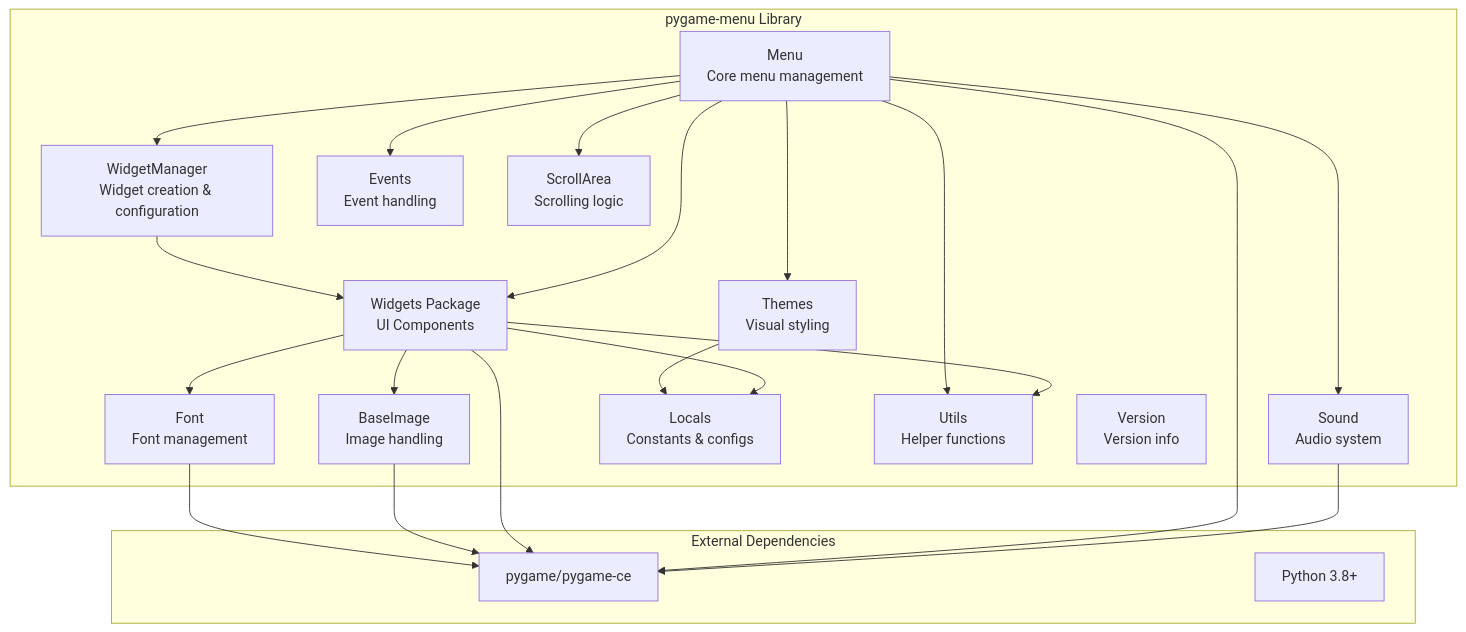
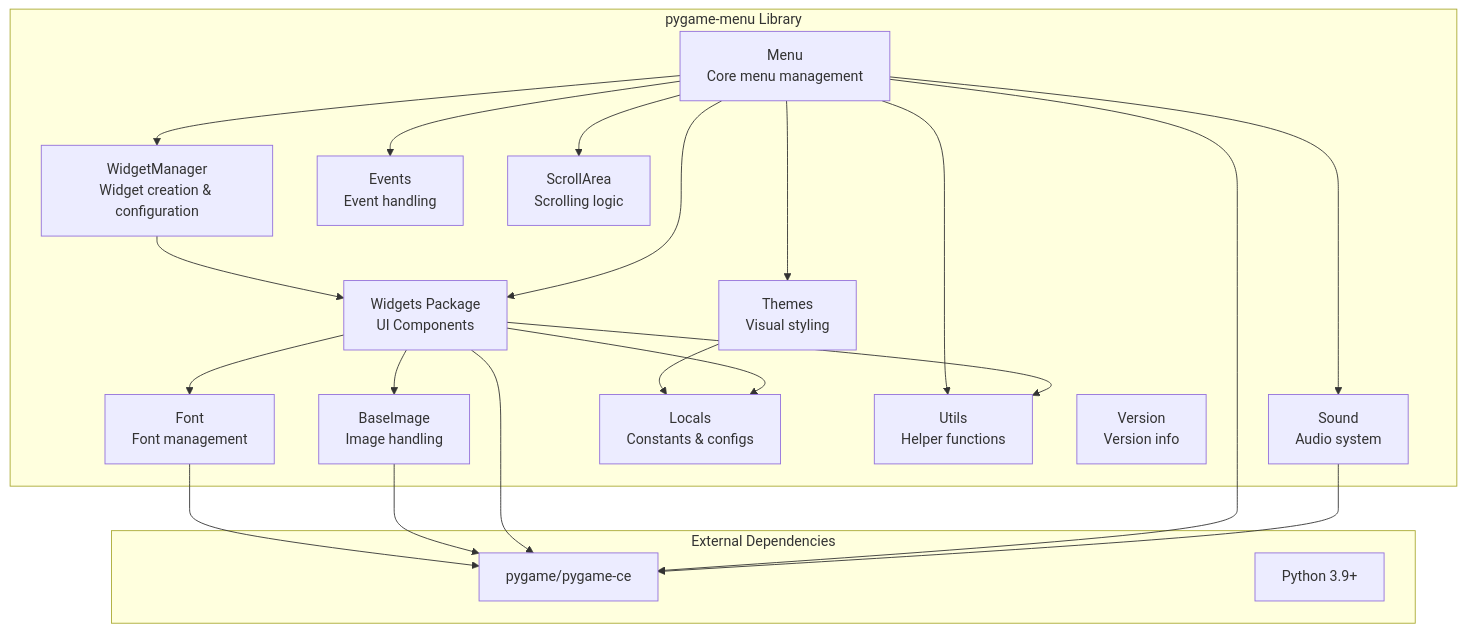
One commit to ppizarror/pygame-menu changed the diagram in docs/diagrams/high-level-arch.mmd. Above: the diagram before and after it, drawn with Mermaid. The commit also changed 5 other files, not shown here.

```diff
--- a/docs/diagrams/high-level-arch.mmd
+++ b/docs/diagrams/high-level-arch.mmd
@@ -1,39 +1,39 @@
 graph TB
     subgraph "pygame-menu Library"
         Menu[Menu<br/>Core menu management]
         WidgetManager[WidgetManager<br/>Widget creation & configuration]
         Widgets[Widgets Package<br/>UI Components]
         Themes[Themes<br/>Visual styling]
         Events[Events<br/>Event handling]
         Sound[Sound<br/>Audio system]
         BaseImage[BaseImage<br/>Image handling]
         Font[Font<br/>Font management]
         Locals[Locals<br/>Constants & configs]
         Utils[Utils<br/>Helper functions]
         Scrollarea[ScrollArea<br/>Scrolling logic]
         Version[Version<br/>Version info]
     end
     
     subgraph "External Dependencies"
         Pygame[pygame/pygame-ce]
-        Python[Python 3.8+]
+        Python[Python 3.9+]
     end
     
     Menu --> WidgetManager
     Menu --> Widgets
     Menu --> Themes
     Menu --> Events
     Menu --> Sound
     Menu --> Scrollarea
     WidgetManager --> Widgets
     Widgets --> BaseImage
     Widgets --> Font
     Widgets --> Locals
     Themes --> Locals
     Sound --> Pygame
     Menu --> Pygame
     Widgets --> Pygame
     BaseImage --> Pygame
     Font --> Pygame
     Widgets --> Utils
     Menu --> Utils
```
